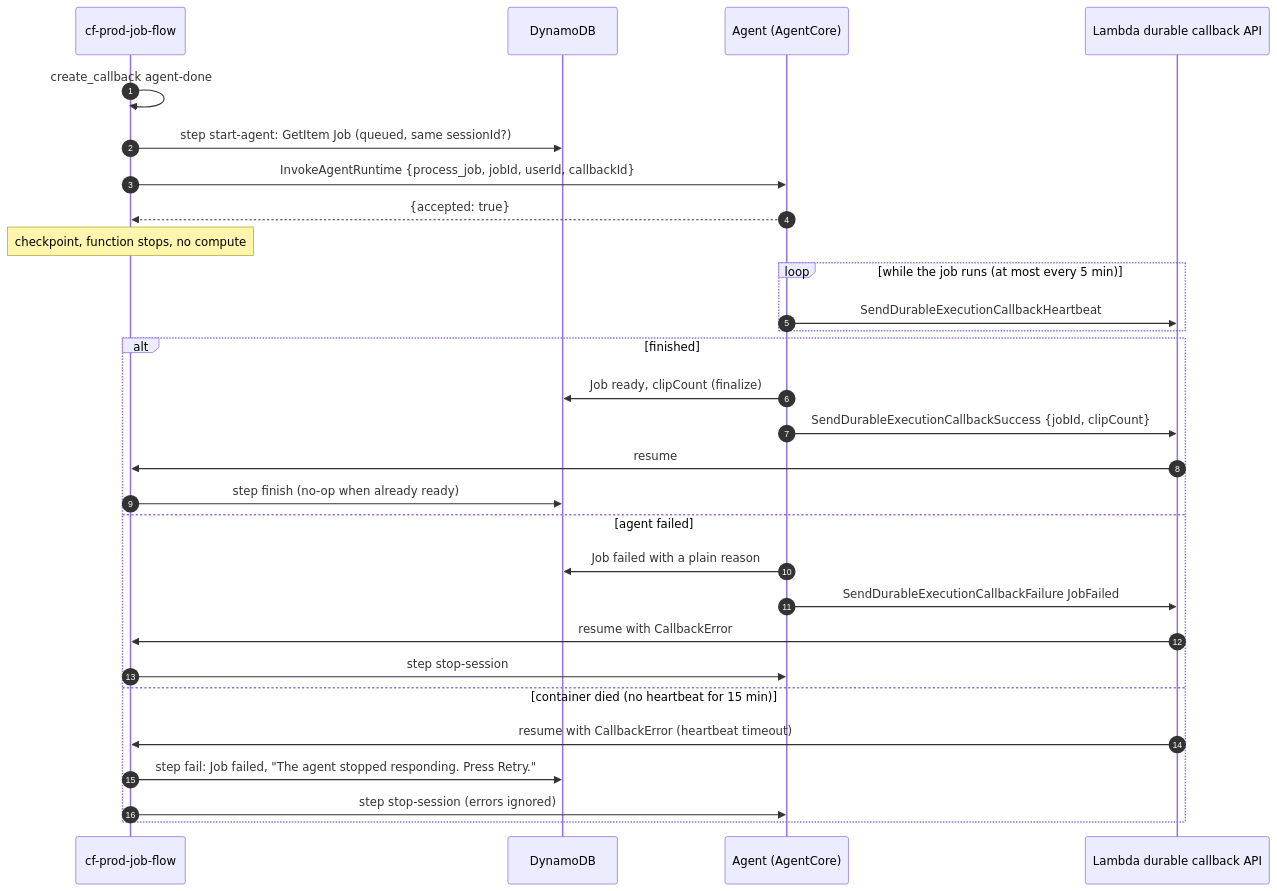
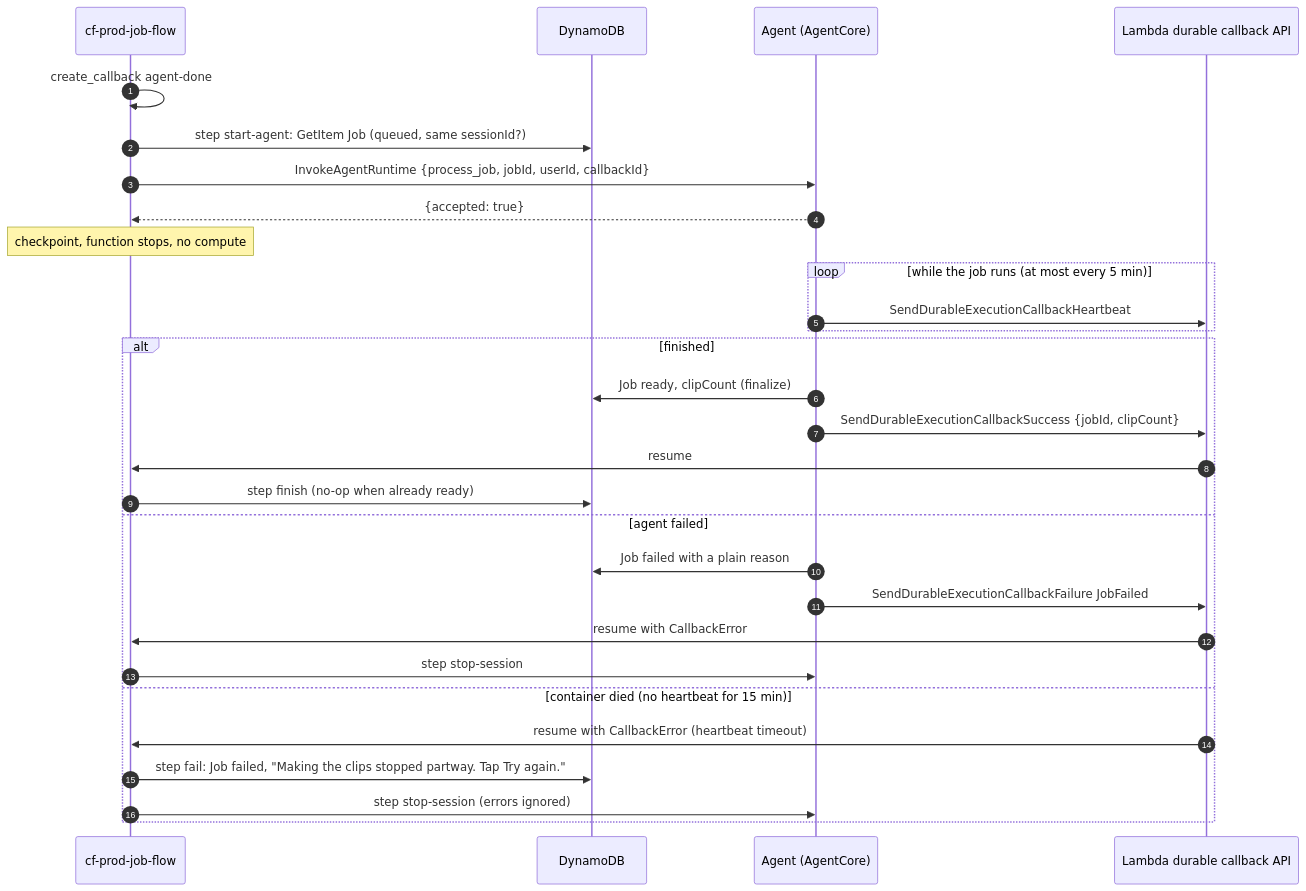
One commit to Lamo2real/clip-factory changed the fifth of 20 diagrams in docs/ARCHITECTURE.md. Above: the diagram before and after it, drawn with Mermaid. The commit also changed other lines of this file and 63 other files, not shown here.

````diff
--- a/docs/ARCHITECTURE.md
+++ b/docs/ARCHITECTURE.md
@@ -219,31 +219,31 @@
 ```mermaid
 sequenceDiagram
   autonumber
   participant F as cf-prod-job-flow
   participant D as DynamoDB
   participant R as Agent (AgentCore)
   participant L as Lambda durable callback API
   F->>F: create_callback agent-done
   F->>D: step start-agent: GetItem Job (queued, same sessionId?)
   F->>R: InvokeAgentRuntime {process_job, jobId, userId, callbackId}
   R-->>F: {accepted: true}
   Note over F: checkpoint, function stops, no compute
   loop while the job runs (at most every 5 min)
     R->>L: SendDurableExecutionCallbackHeartbeat
   end
   alt finished
     R->>D: Job ready, clipCount (finalize)
     R->>L: SendDurableExecutionCallbackSuccess {jobId, clipCount}
     L->>F: resume
     F->>D: step finish (no-op when already ready)
   else agent failed
     R->>D: Job failed with a plain reason
     R->>L: SendDurableExecutionCallbackFailure JobFailed
     L->>F: resume with CallbackError
     F->>R: step stop-session
   else container died (no heartbeat for 15 min)
     L->>F: resume with CallbackError (heartbeat timeout)
-    F->>D: step fail: Job failed, "The agent stopped responding. Press Retry."
+    F->>D: step fail: Job failed, "Making the clips stopped partway. Tap Try again."
     F->>R: step stop-session (errors ignored)
   end
 ```
````
